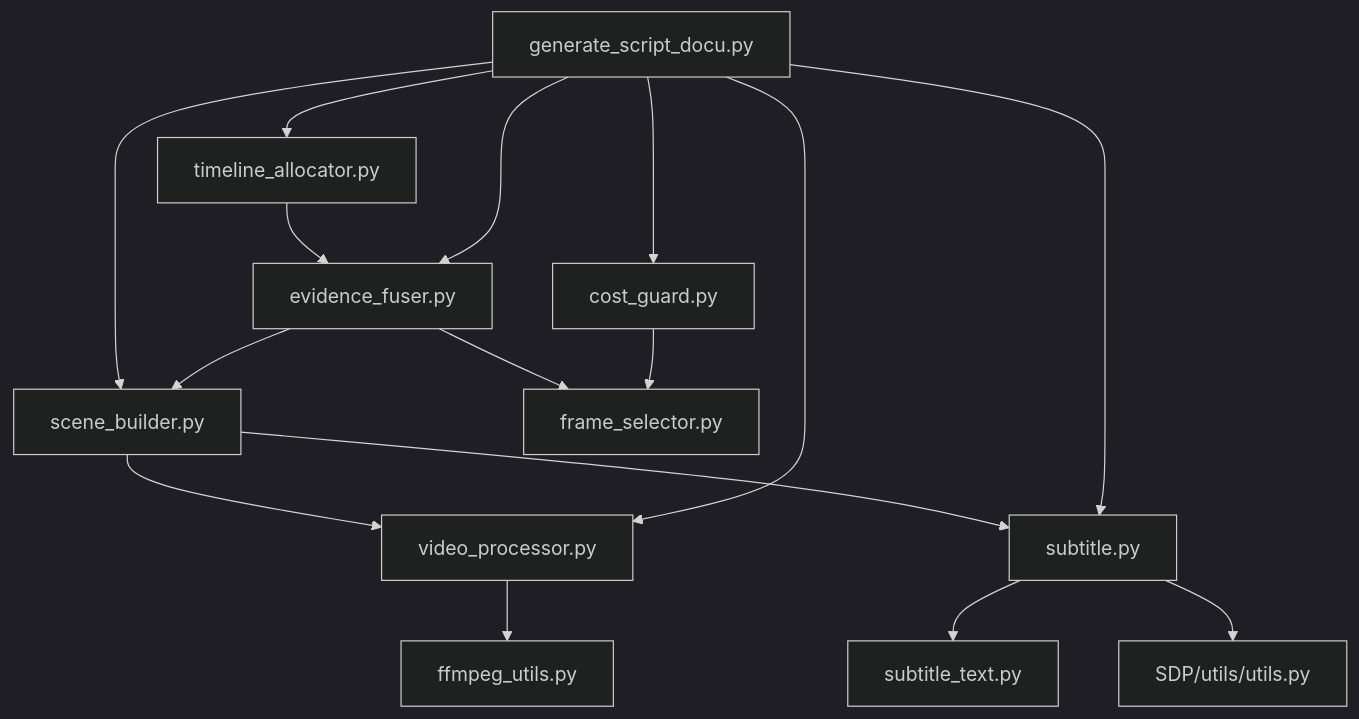
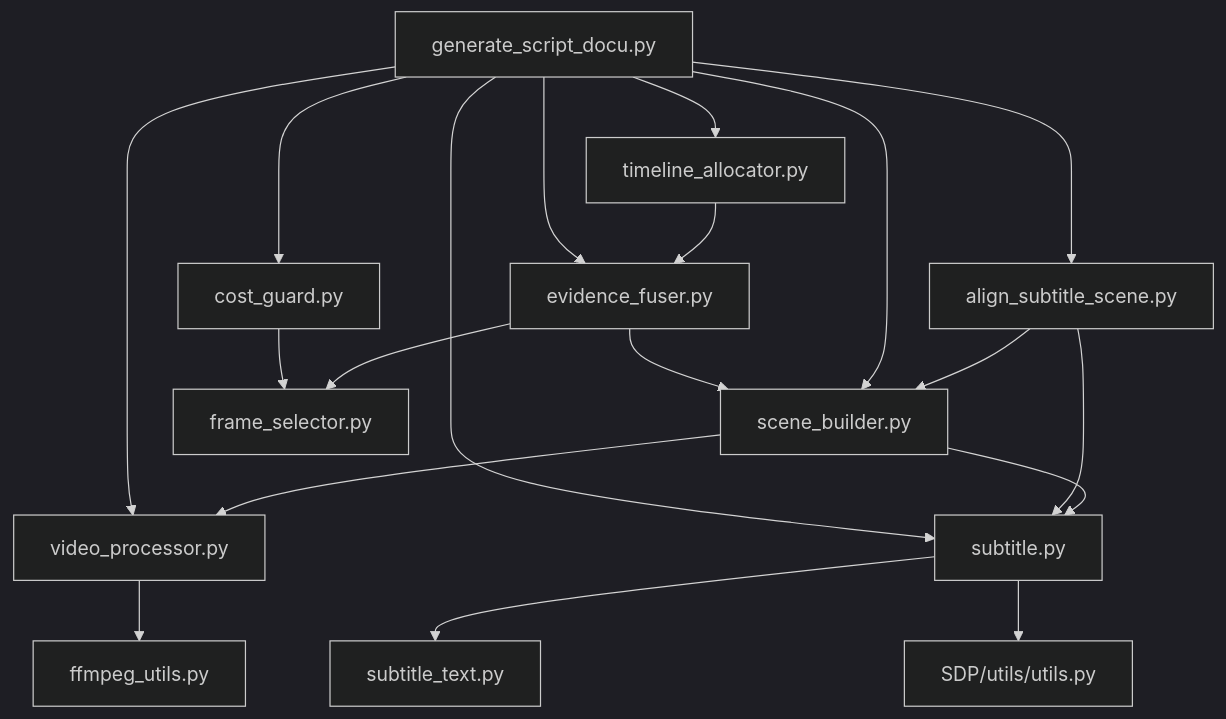
One commit to wowoduang/AIVideoClaude changed diagram 11 of 11 in .qoder/repowiki/zh/content/核心功能/视频处理服务/场景构建器.md. Above: the diagram before and after it, drawn with Mermaid (dark theme). The commit also changed other lines of this file and 32 other files, not shown here.

````diff
--- a/.qoder/repowiki/zh/content/核心功能/视频处理服务/场景构建器.md
+++ b/.qoder/repowiki/zh/content/核心功能/视频处理服务/场景构建器.md
@@ -444,18 +509,21 @@
 ```mermaid
 graph TB
 SB["scene_builder.py"] --> VP["video_processor.py"]
 SB --> ST["subtitle.py"]
+AS["align_subtitle_scene.py"] --> SB
+AS --> ST
 VP --> FU["ffmpeg_utils.py"]
 ST --> STN["subtitle_text.py"]
 ST --> SDPUTIL["SDP/utils/utils.py"]
 WTOOL["generate_script_docu.py"] --> SB
+WTOOL --> AS
 WTOOL --> VP
 WTOOL --> ST
 EF["evidence_fuser.py"] --> SB
 EF --> FS["frame_selector.py"]
 CG["cost_guard.py"] --> FS
 TA["timeline_allocator.py"] --> EF
 WTOOL --> EF
 WTOOL --> CG
 WTOOL --> TA
 ```
````
